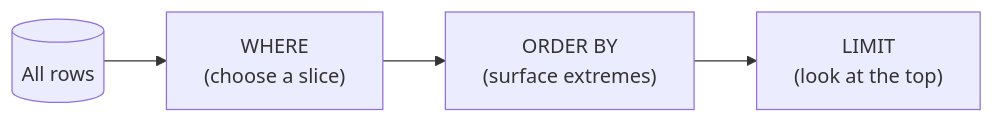
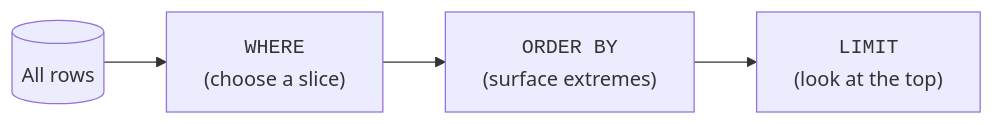
Before and after one commit to dataslope/dataslope: the diagram in content/learn/sql-analytics-duckdb/your-first-analytical-query.mdx, drawn with Mermaid. The commit also changed 56 other files, not shown here.

````diff
--- a/content/learn/sql-analytics-duckdb/your-first-analytical-query.mdx
+++ b/content/learn/sql-analytics-duckdb/your-first-analytical-query.mdx
@@ -102,6 +102,6 @@
 ```mermaid
 flowchart LR
-    T[("All rows")] --> W["WHERE<br/>(choose a slice)"]
-    W --> O["ORDER BY<br/>(surface extremes)"]
-    O --> L["LIMIT<br/>(look at the top)"]
+    T[("All rows")] --> W["<code>WHERE</code><br/>(choose a slice)"]
+    W --> O["<code>ORDER BY</code><br/>(surface extremes)"]
+    O --> L["<code>LIMIT</code><br/>(look at the top)"]
 ```
````
